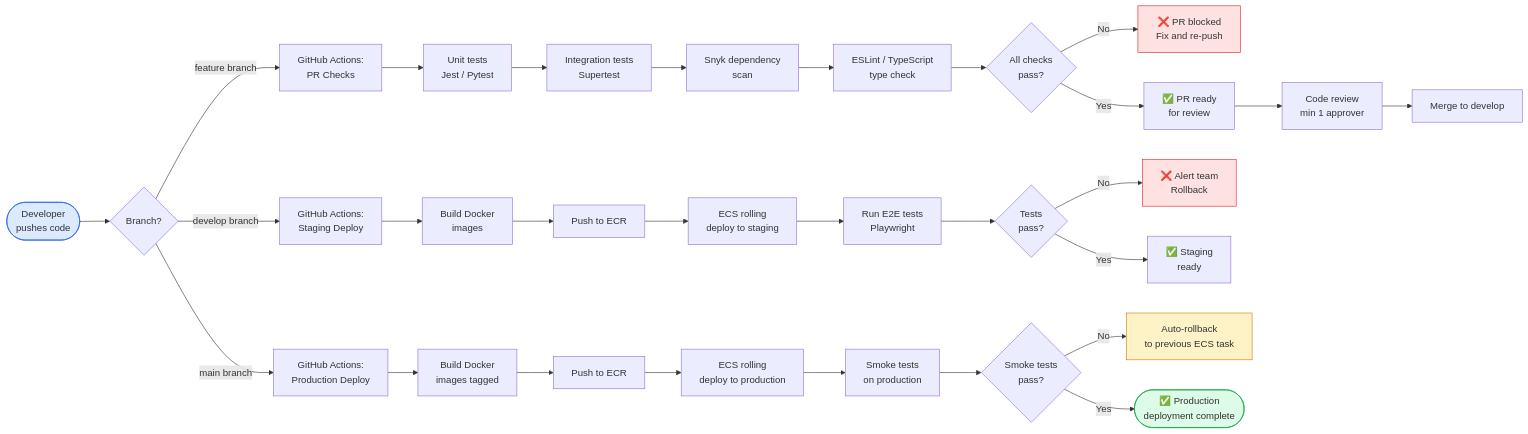
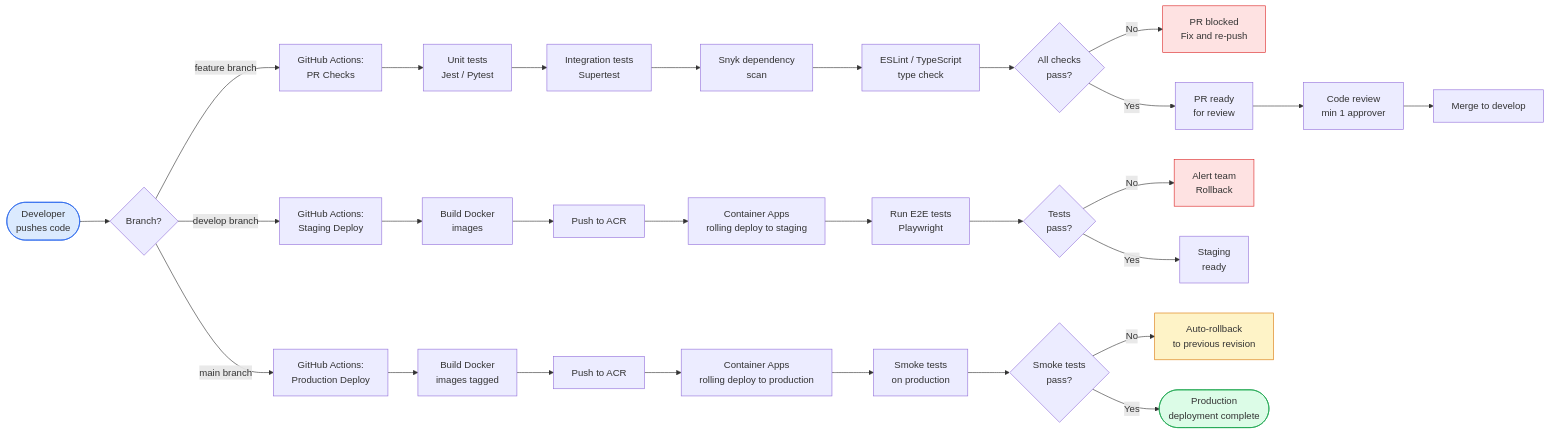
One commit to etsqr/flexishift changed the second of 3 diagrams in docs/diagrams/13-deployment-infrastructure.md. Above: the diagram before and after it, drawn with Mermaid. The commit also changed other lines of this file and 18 other files, not shown here.

````diff
--- a/docs/diagrams/13-deployment-infrastructure.md
+++ b/docs/diagrams/13-deployment-infrastructure.md
@@ -99,39 +97,39 @@
 ```mermaid
 flowchart LR
     A([Developer\npushes code]) --> B{Branch?}
 
     B -->|feature branch| C[GitHub Actions:\nPR Checks]
     C --> D[Unit tests\nJest / Pytest]
     D --> E[Integration tests\nSupertest]
     E --> F[Snyk dependency\nscan]
     F --> G[ESLint / TypeScript\ntype check]
     G --> H{All checks\npass?}
-    H -->|No| I[❌ PR blocked\nFix and re-push]
-    H -->|Yes| J[✅ PR ready\nfor review]
+    H -->|No| I[PR blocked\nFix and re-push]
+    H -->|Yes| J[PR ready\nfor review]
     J --> K[Code review\nmin 1 approver]
     K --> L[Merge to develop]
 
     B -->|develop branch| M[GitHub Actions:\nStaging Deploy]
     M --> N[Build Docker\nimages]
-    N --> O[Push to ECR]
-    O --> P[ECS rolling\ndeploy to staging]
+    N --> O[Push to ACR]
+    O --> P[Container Apps\nrolling deploy to staging]
     P --> Q[Run E2E tests\nPlaywright]
     Q --> R{Tests\npass?}
-    R -->|No| S[❌ Alert team\nRollback]
-    R -->|Yes| T[✅ Staging\nready]
+    R -->|No| S[Alert team\nRollback]
+    R -->|Yes| T[Staging\nready]
 
     B -->|main branch| U[GitHub Actions:\nProduction Deploy]
     U --> V[Build Docker\nimages tagged]
-    V --> W[Push to ECR]
-    W --> X[ECS rolling\ndeploy to production]
+    V --> W[Push to ACR]
+    W --> X[Container Apps\nrolling deploy to production]
     X --> Y[Smoke tests\non production]
     Y --> Z{Smoke tests\npass?}
-    Z -->|No| AA[Auto-rollback\nto previous ECS task]
-    Z -->|Yes| AB([✅ Production\ndeployment complete])
+    Z -->|No| AA[Auto-rollback\nto previous revision]
+    Z -->|Yes| AB([Production\ndeployment complete])
 
     style A fill:#DBEAFE,stroke:#2563EB
     style AB fill:#DCFCE7,stroke:#16A34A
     style I fill:#FEE2E2,stroke:#DC2626
     style S fill:#FEE2E2,stroke:#DC2626
     style AA fill:#FEF3C7,stroke:#D97706
 ```
````
